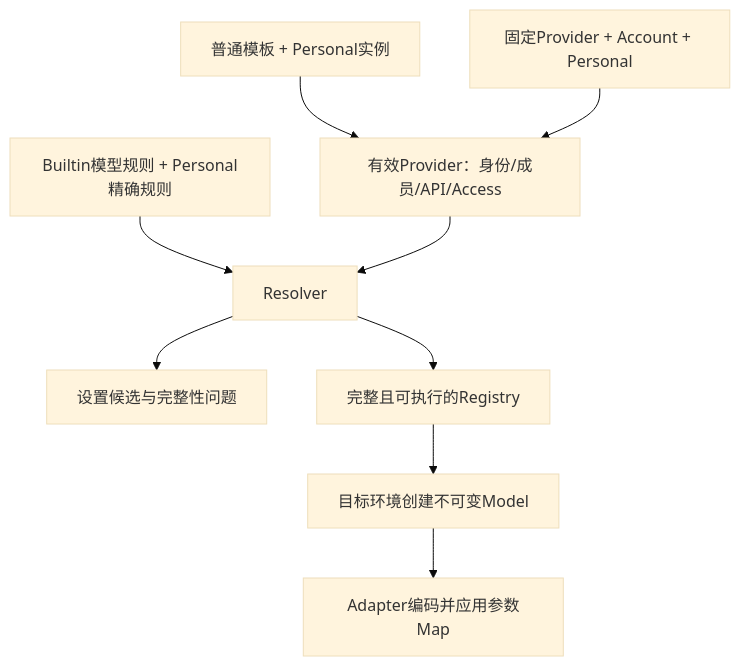
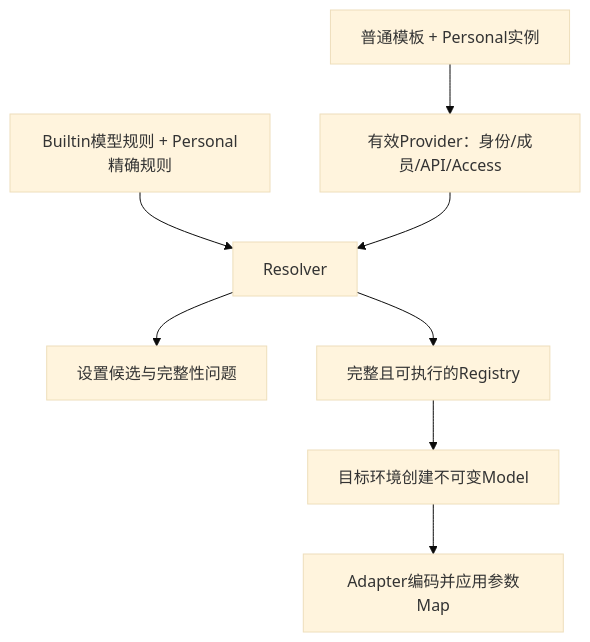
One commit to OpenX123/ZCode changed the diagram in docs/builtin-provider-maintenance/configuration.md. Above: the diagram before and after it, drawn with Mermaid (base theme). The commit also changed other lines of this file and 2038 other files, not shown here.

````diff
--- a/docs/builtin-provider-maintenance/configuration.md
+++ b/docs/builtin-provider-maintenance/configuration.md
@@ -18,11 +17,10 @@
 ```mermaid
 flowchart TD
     T[普通模板 + Personal实例] --> P[有效Provider：身份/成员/API/Access]
-    A[固定Provider + Account + Personal] --> P
     B[Builtin模型规则 + Personal精确规则] --> R[Resolver]
     P --> R
     R --> S[设置候选与完整性问题]
     R --> G[完整且可执行的Registry]
     G --> M[目标环境创建不可变Model]
     M --> H[Adapter编码并应用参数Map]
 ```
````
